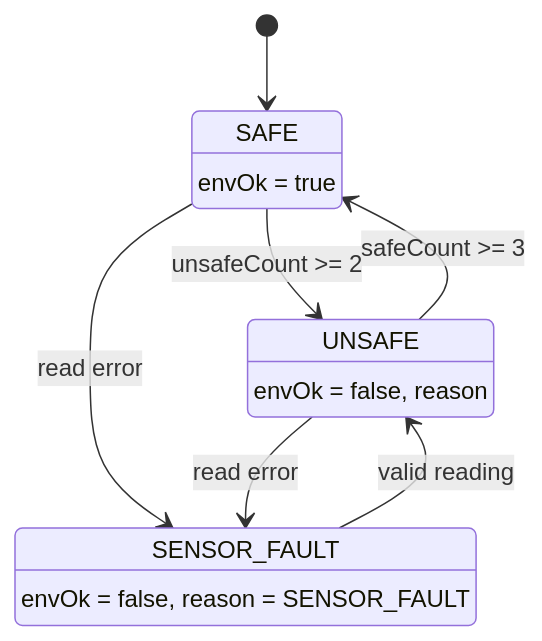
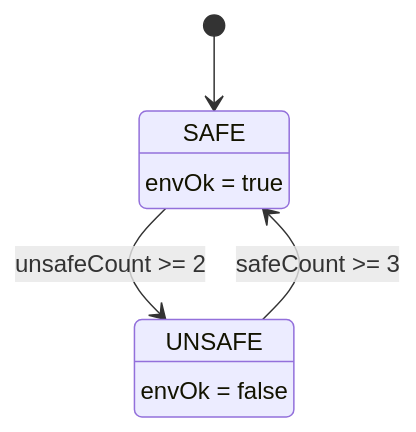
Before and after one commit to eduardalexandrut/drone-in-a-box: the fourth of 9 diagrams in docs/behaviour.md, drawn with Mermaid. The commit also changed other lines of this file and 2 other files, not shown here.

````diff
--- a/docs/behaviour.md
+++ b/docs/behaviour.md
@@ -254,17 +296,12 @@
 ```mermaid
 stateDiagram-v2
   [*] --> SAFE
  
   state "SAFE" as SAFE
   SAFE : envOk = true
   state "UNSAFE" as UNSAFE
-  UNSAFE : envOk = false, reason
-  state "SENSOR_FAULT" as SENSOR_FAULT
-  SENSOR_FAULT : envOk = false, reason = SENSOR_FAULT
+  UNSAFE : envOk = false
  
   SAFE --> UNSAFE : unsafeCount >= 2
   UNSAFE --> SAFE : safeCount >= 3
-  SAFE --> SENSOR_FAULT : read error
-  UNSAFE --> SENSOR_FAULT : read error
-  SENSOR_FAULT --> UNSAFE : valid reading
 ```
````
